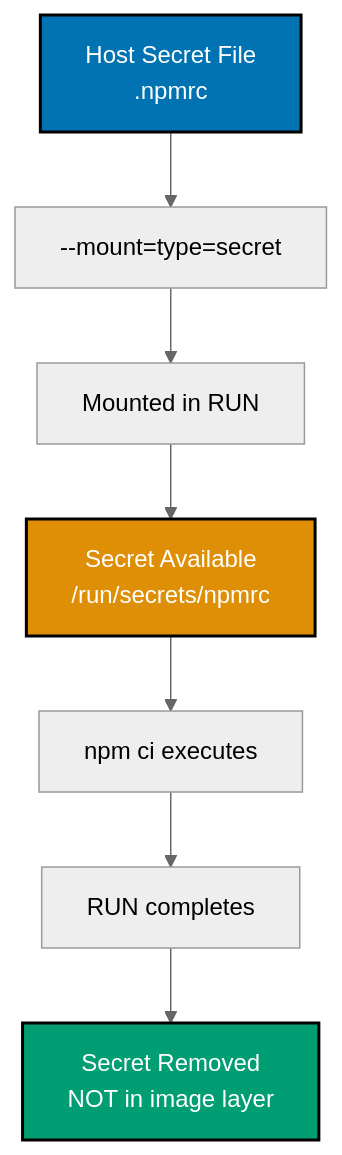
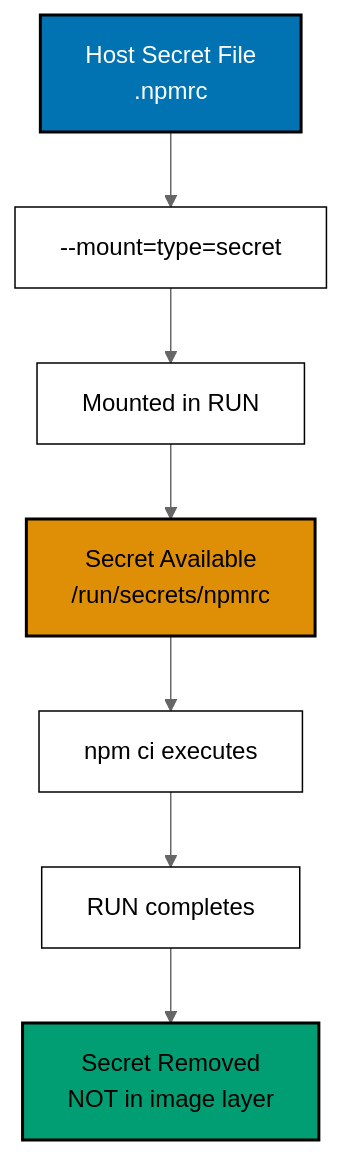
One commit to wahidyankf/ose-public changed the third of 11 diagrams in apps/ayokoding-www/content/en/learn/legacy/software-engineering/infrastructure/tools/docker/by-example/intermediate.md. Above: the diagram before and after it, drawn with Mermaid (neutral theme). The commit also changed other lines of this file and 131 other files, not shown here.

First line of the commit message:
fix(mermaid): bring the legacy data, infrastructure, and testing diagrams onto the accessible palette

````diff
--- a/apps/ayokoding-www/content/en/learn/legacy/software-engineering/infrastructure/tools/docker/by-example/intermediate.md
+++ b/apps/ayokoding-www/content/en/learn/legacy/software-engineering/infrastructure/tools/docker/by-example/intermediate.md
@@ -485,14 +496,20 @@
 ```mermaid
 %% Color Palette: Blue #0173B2, Orange #DE8F05, Teal #029E73, Purple #CC78BC, Brown #CA9161
 graph TD
+ accTitle: Example 31: Build-Time Secrets
+ accDescr: Graph with 8 nodes and 7 connections. Nodes: Host Secret File .npmrc, B, mount, Mounted in RUN, Secret Available /run/secrets/npmrc, npm ci executes, RUN completes, Secret Removed NOT in image layer. Connections: Host Secret File .npmrc to B, B to mount, B to Mounted in RUN, Mounted in RUN to Secret Available /run/secrets/npmrc, Secret Available /run/secrets/npmrc to npm ci executes, npm ci executes to RUN completes, RUN completes to Secret Removed NOT in image layer.
  A["Host Secret File<br/>.npmrc"] --> B["--mount=type=secret"]
  B --> C["Mounted in RUN"]
  C --> D["Secret Available<br/>/run/secrets/npmrc"]
  D --> E["npm ci executes"]
  E --> F["RUN completes"]
  F --> G["Secret Removed<br/>NOT in image layer"]
 
- style A fill:#0173B2,stroke:#000000,stroke-width:2px,color:#fff
- style D fill:#DE8F05,stroke:#000000,stroke-width:2px,color:#fff
- style G fill:#029E73,stroke:#000000,stroke-width:2px,color:#fff
+ classDef pal-0173B2 fill:#0173B2,stroke:#000000,color:#FFFFFF,stroke-width:2px
+ class A pal-0173B2
+ classDef pal-DE8F05 fill:#DE8F05,stroke:#000000,color:#000000,stroke-width:2px
+ class D pal-DE8F05
+ classDef pal-029E73 fill:#029E73,stroke:#000000,color:#000000,stroke-width:2px
+ class G pal-029E73
+ classDef default fill:#FFFFFF,stroke:#000000,color:#000000
 ```
````
